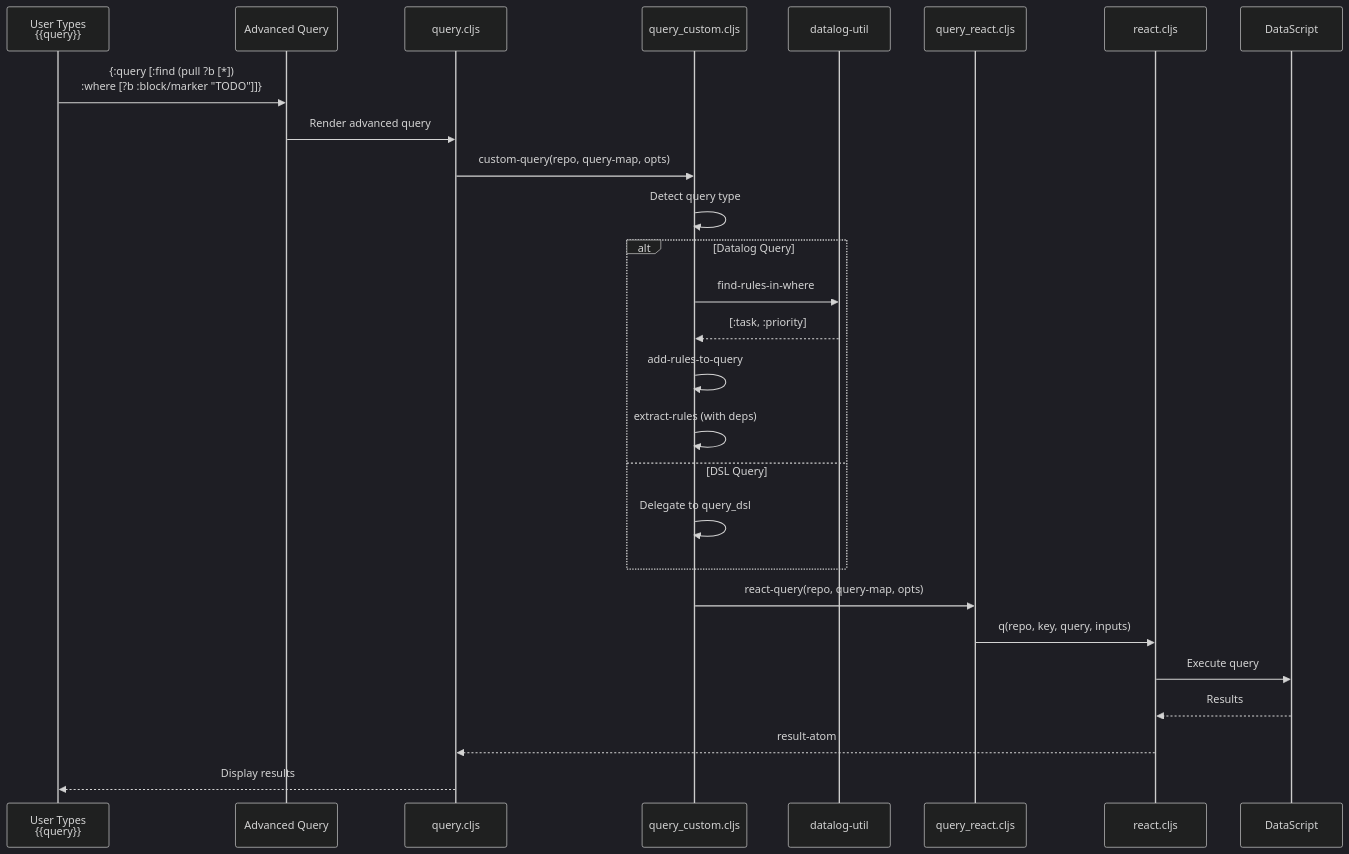
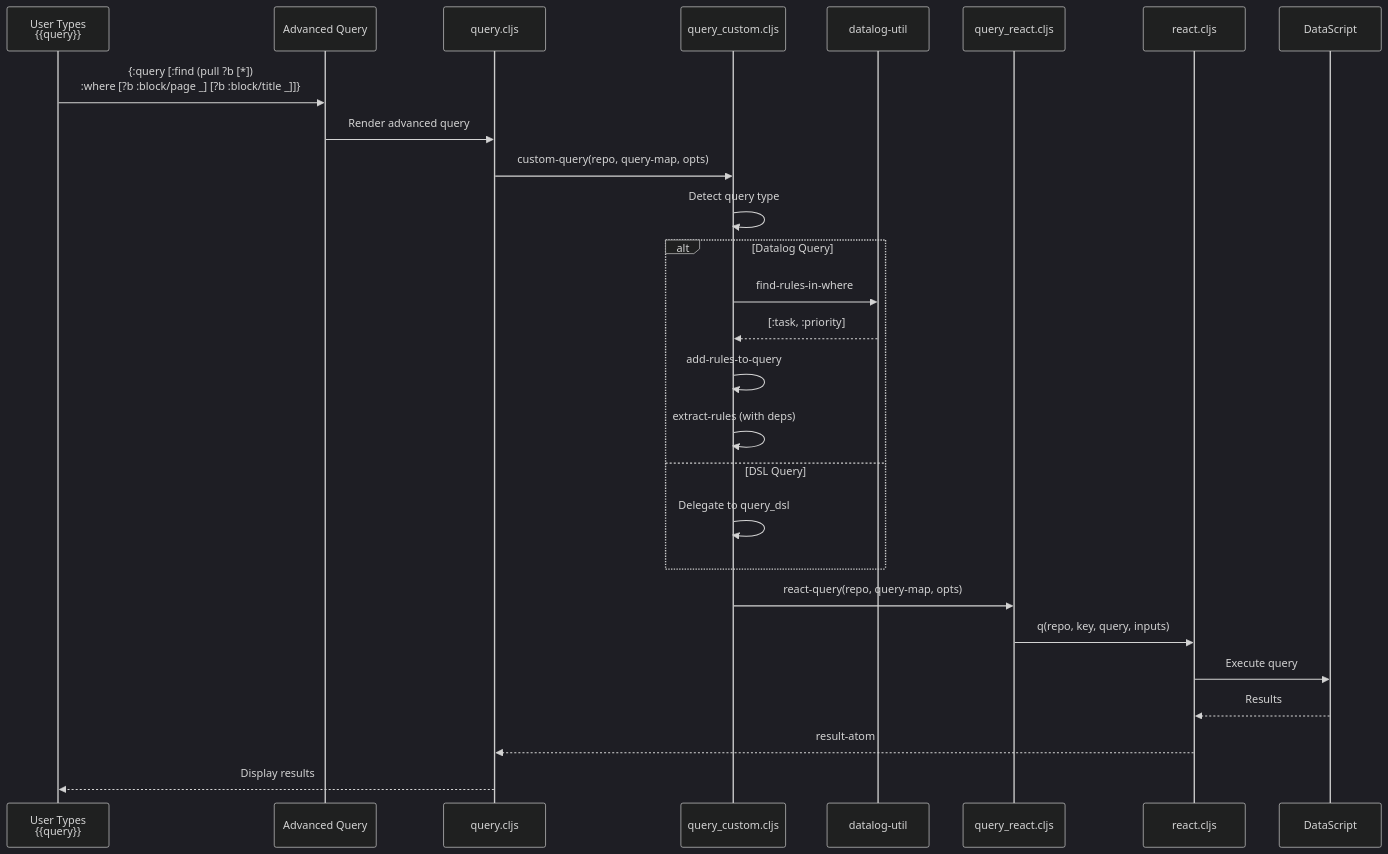
The seventh of 9 diagrams in dz/docs/03-features/query-system/developer-guide.md (hdansou/logseq), drawn with Mermaid (dark theme) before and after one commit. The commit also changed other lines of this file and 140 other files, not shown here.

````diff
--- a/dz/docs/03-features/query-system/developer-guide.md
+++ b/dz/docs/03-features/query-system/developer-guide.md
@@ -2138,32 +1807,32 @@
 ```mermaid
 sequenceDiagram
     participant U as User Types<br/>{{query}}
     participant AQ as Advanced Query
     participant QC as query.cljs
     participant QCust as query_custom.cljs
     participant DU as datalog-util
     participant QR as query_react.cljs
     participant R as react.cljs
     participant DS as DataScript
 
-    U->>AQ: {:query [:find (pull ?b [*])<br/>:where [?b :block/marker "TODO"]]}
+    U->>AQ: {:query [:find (pull ?b [*])<br/>:where [?b :block/page _] [?b :block/title _]]}
     AQ->>QC: Render advanced query
     QC->>QCust: custom-query(repo, query-map, opts)
 
     QCust->>QCust: Detect query type
     alt Datalog Query
         QCust->>DU: find-rules-in-where
         DU-->>QCust: [:task, :priority]
         QCust->>QCust: add-rules-to-query
         QCust->>QCust: extract-rules (with deps)
     else DSL Query
         QCust->>QCust: Delegate to query_dsl
     end
 
     QCust->>QR: react-query(repo, query-map, opts)
     QR->>R: q(repo, key, query, inputs)
     R->>DS: Execute query
     DS-->>R: Results
     R-->>QC: result-atom
     QC-->>U: Display results
 ```
````
